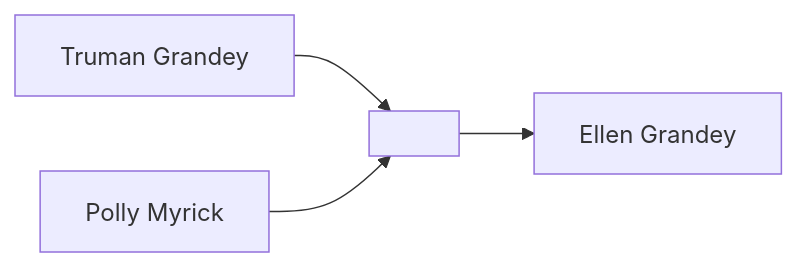
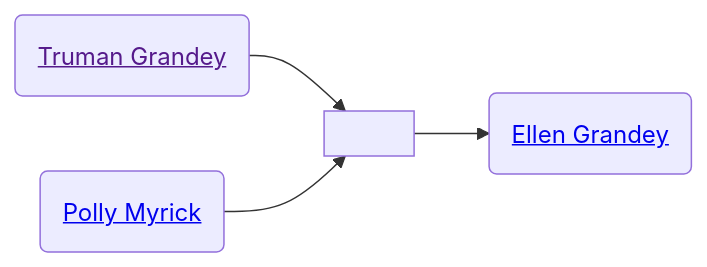
One commit to neelsmith/avocational changed the diagram in familyhistory/sources/people/Merrill-line/Grandey-line/Truman_Grandey.qmd. Above: the diagram before and after it, drawn with Mermaid. The commit also changed 71 other files, not shown here.

````diff
--- a/familyhistory/sources/people/Merrill-line/Grandey-line/Truman_Grandey.qmd
+++ b/familyhistory/sources/people/Merrill-line/Grandey-line/Truman_Grandey.qmd
@@ -26,6 +26,11 @@
 ```{mermaid}
 graph LR
-Truman_Grandey[Truman Grandey] --> Truman_Grandey+Polly_Myrick[ ]
-Polly_Myrick[Polly Myrick] --> Truman_Grandey+Polly_Myrick[ ]
-Truman_Grandey+Polly_Myrick[ ] --> Ellen_Grandey[Ellen Grandey]
+class Truman_Grandey_and_Polly_Myrick marriage
+Truman_Grandey(<a href=''>Truman Grandey</>) --> Truman_Grandey_and_Polly_Myrick[ ]
+Polly_Myrick(<a href='./../White-line/Grandey/Polly_Myrick.html'>Polly Myrick</>) --> Truman_Grandey_and_Polly_Myrick(( ))
+Truman_Grandey_and_Polly_Myrick[ ] --> Ellen_Grandey(<a href='./Ellen_Grandey.html'>Ellen Grandey</>)
+classDef mother fill:#ffd1dc
+classDef father fill:#daf0f7  
+classDef marriage fill:#ffffff
+
 ```
````
